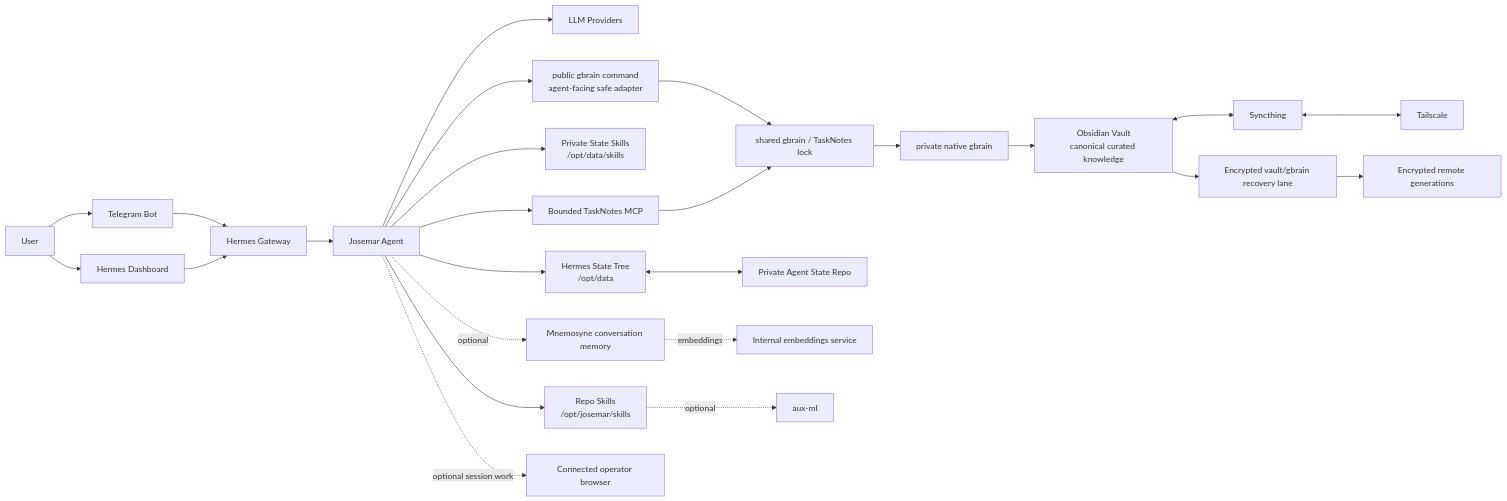
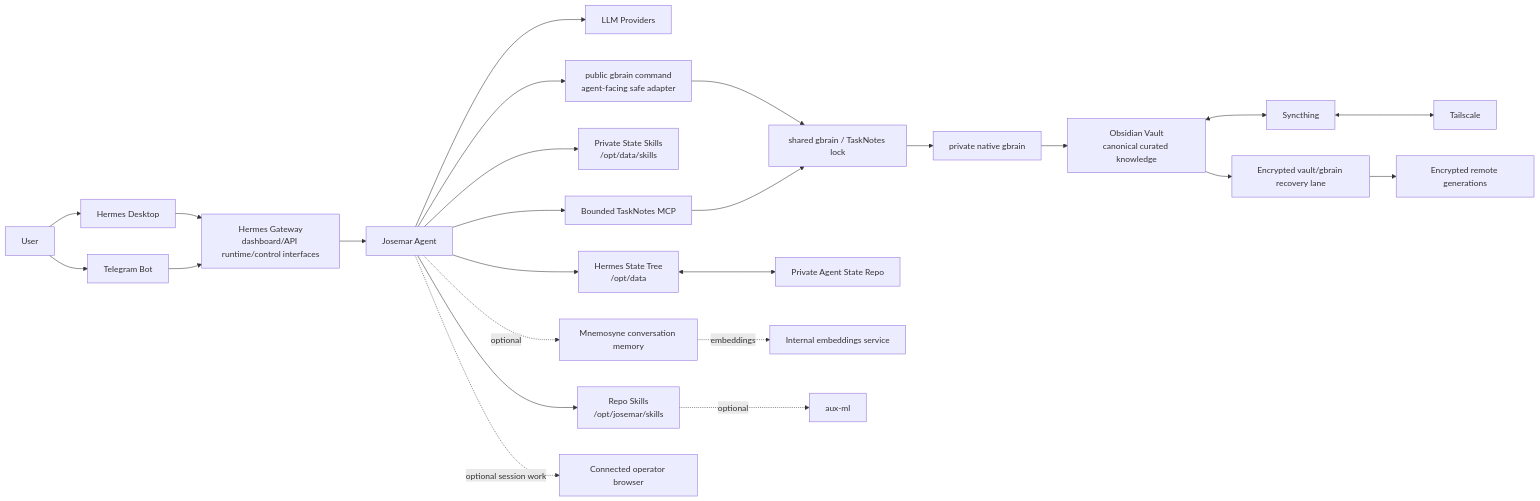
Before and after one commit to Pedrohgv/josemar-assistente: the first of 2 diagrams in README.md, drawn with Mermaid. The commit also changed other lines of this file and 1 other file, not shown here.

Commit message:
docs: document Desktop-primary interaction

````diff
--- a/README.md
+++ b/README.md
@@ -25,34 +25,34 @@
 ```mermaid
 flowchart LR
-  User[User] --> Telegram[Telegram Bot]
-  User --> Dashboard[Hermes Dashboard]
-  Telegram --> Gateway[Hermes Gateway]
-  Dashboard --> Gateway
+  User[User] --> Desktop[Hermes Desktop]
+  User --> Telegram[Telegram Bot]
+  Desktop --> Gateway[Hermes Gateway<br/>dashboard/API runtime/control interfaces]
+  Telegram --> Gateway
 
   Gateway --> Agent[Josemar Agent]
   Agent --> Models[LLM Providers]
   Agent --> CoreSkills[Repo Skills<br/>/opt/josemar/skills]
   Agent --> UserSkills[Private State Skills<br/>/opt/data/skills]
 
   Agent --> PublicGBrain[public gbrain command<br/>agent-facing safe adapter]
   Agent --> TaskNotes[Bounded TaskNotes MCP]
   PublicGBrain --> SharedLock[shared gbrain / TaskNotes lock]
   TaskNotes --> SharedLock
   SharedLock --> NativeGBrain[private native gbrain]
   NativeGBrain --> Vault[Obsidian Vault<br/>canonical curated knowledge]
 
   Vault <--> Syncthing[Syncthing]
   Syncthing <--> Tailscale[Tailscale]
 
   Agent --> StateTree[Hermes State Tree<br/>/opt/data]
   StateTree <--> StateRepo[Private Agent State Repo]
 
   Agent -. optional .-> Mnemosyne[Mnemosyne conversation memory]
   Mnemosyne -. embeddings .-> TEI[Internal embeddings service]
 
   CoreSkills -. optional .-> AuxML[aux-ml]
   Agent -. optional session work .-> ConnectedBrowser[Connected operator browser]
 
   Vault --> Recovery[Encrypted vault/gbrain recovery lane]
   Recovery --> Remote[Encrypted remote generations]
 ```
````
